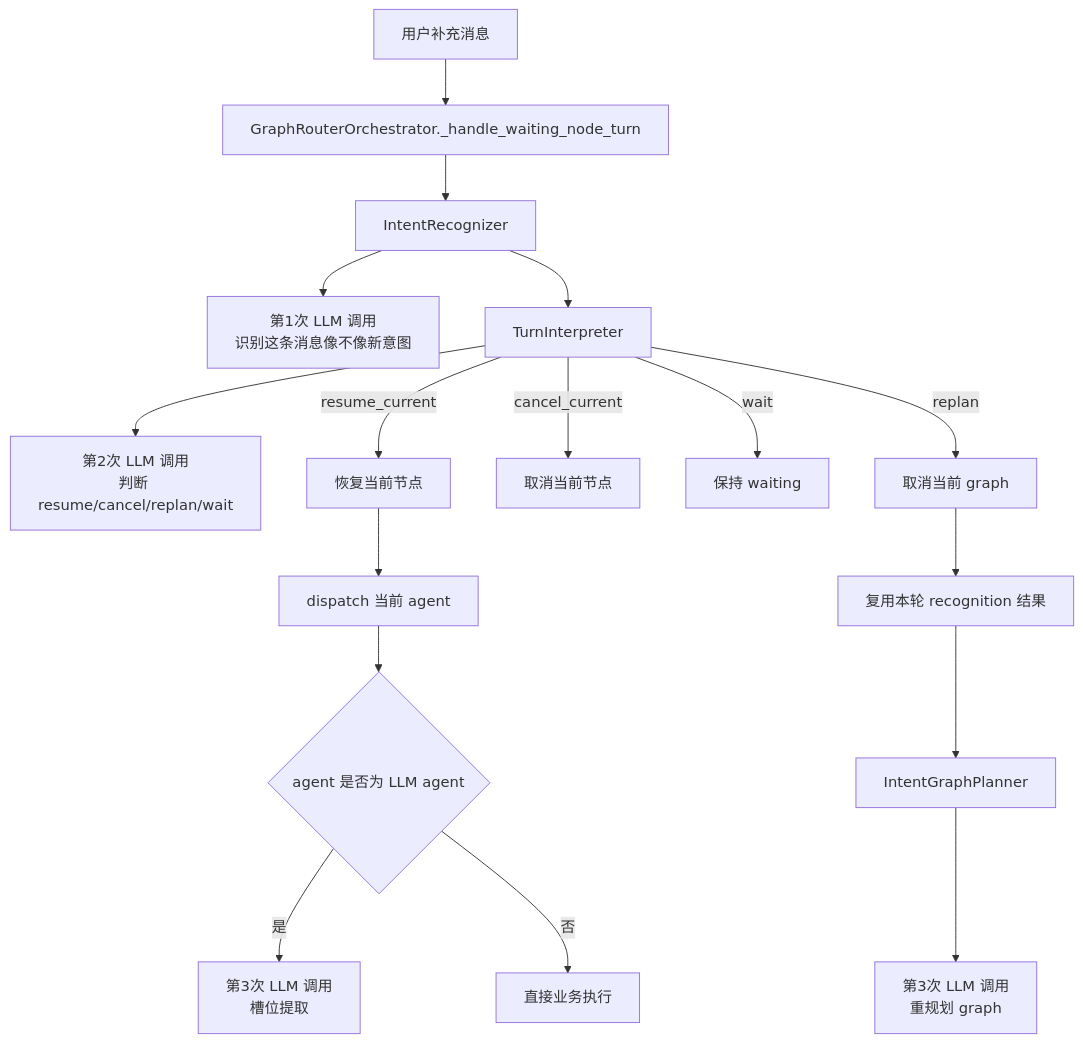
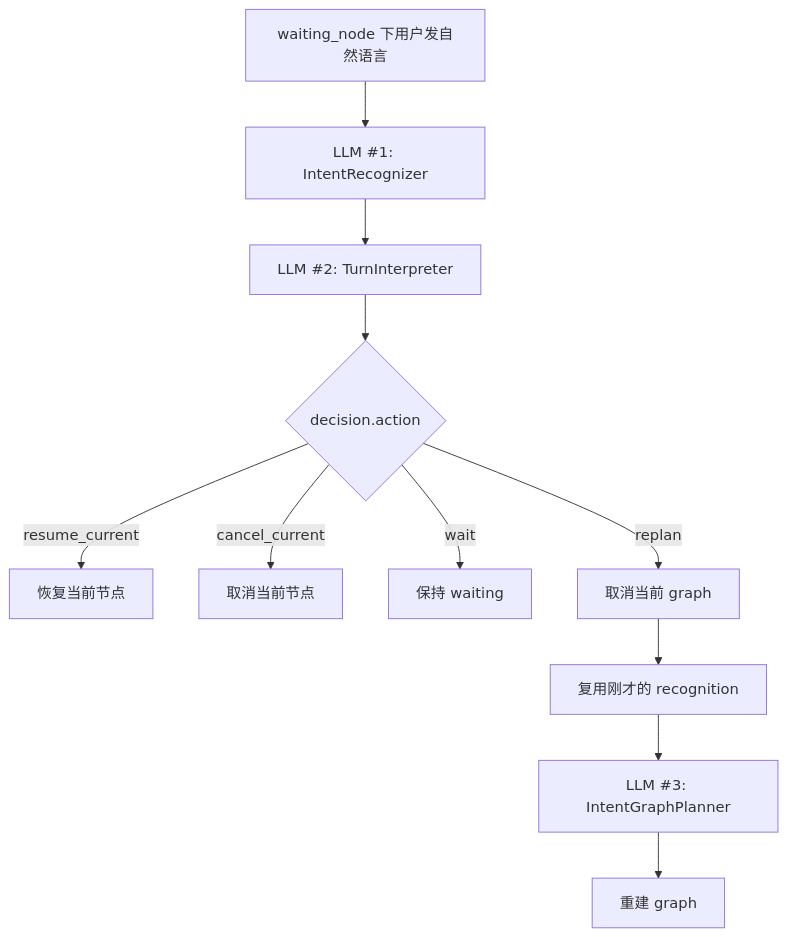
Before and after one commit to corelli359/intent-router: the third of 5 diagrams in docs/v2-llm-call-flow.md, drawn with Mermaid. The commit also changed other lines of this file, not shown here.

Commit message:
docs: clarify v2 router llm flow

````diff
--- a/docs/v2-llm-call-flow.md
+++ b/docs/v2-llm-call-flow.md
@@ -74,21 +207,13 @@
 ```mermaid
 flowchart TD
-    A[用户补充消息] --> B[GraphRouterOrchestrator._handle_waiting_node_turn]
-    B --> C[IntentRecognizer]
-    C --> C1[第1次 LLM 调用\n识别这条消息像不像新意图]
-    C --> D[TurnInterpreter]
-    D --> D1[第2次 LLM 调用\n判断 resume/cancel/replan/wait]
-
+    A[waiting_node 下用户发自然语言] --> B[LLM #1: IntentRecognizer]
+    B --> C[LLM #2: TurnInterpreter]
+    C --> D{decision.action}
     D -->|resume_current| E[恢复当前节点]
-    E --> F[dispatch 当前 agent]
-    F --> G{agent 是否为 LLM agent}
-    G -->|是| H[第3次 LLM 调用\n槽位提取]
-    G -->|否| I[直接业务执行]
-
-    D -->|cancel_current| J[取消当前节点]
-    D -->|wait| K[保持 waiting]
-    D -->|replan| L[取消当前 graph]
-    L --> M[复用本轮 recognition 结果]
-    M --> N[IntentGraphPlanner]
-    N --> N1[第3次 LLM 调用\n重规划 graph]
+    D -->|cancel_current| F[取消当前节点]
+    D -->|wait| G[保持 waiting]
+    D -->|replan| H[取消当前 graph]
+    H --> I[复用刚才的 recognition]
+    I --> J[LLM #3: IntentGraphPlanner]
+    J --> K[重建 graph]
 ```
````
